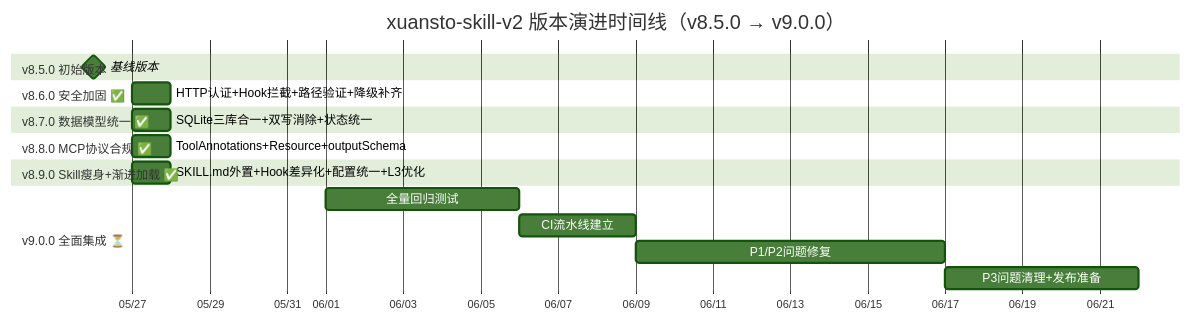
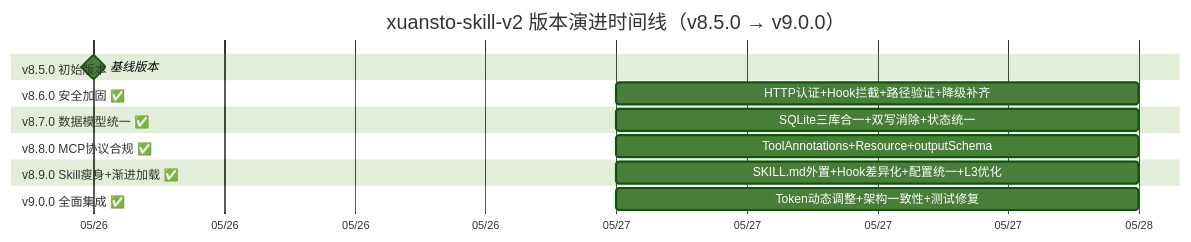
Before and after one commit to xuanyuanchumo/xuansto: the first of 3 diagrams in docs/plan/v-l.md, drawn with Mermaid (forest theme). The commit also changed other lines of this file and 113 other files, not shown here.

````diff
--- a/docs/plan/v-l.md
+++ b/docs/plan/v-l.md
@@ -411,27 +429,24 @@
 ```mermaid
 gantt
     title xuansto-skill-v2 版本演进时间线（v8.5.0 → v9.0.0）
     dateFormat YYYY-MM-DD
     axisFormat %m/%d
 
     section v8.5.0 初始版本
     基线版本                           :milestone, m0, 2026-05-26, 0d
 
     section v8.6.0 安全加固 ✅
     HTTP认证+Hook拦截+路径验证+降级补齐  :p1, 2026-05-27, 1d
 
     section v8.7.0 数据模型统一 ✅
     SQLite三库合一+双写消除+状态统一     :p2, 2026-05-27, 1d
 
     section v8.8.0 MCP协议合规 ✅
     ToolAnnotations+Resource+outputSchema :p3, 2026-05-27, 1d
 
     section v8.9.0 Skill瘦身+渐进加载 ✅
     SKILL.md外置+Hook差异化+配置统一+L3优化 :p4, 2026-05-27, 1d
 
-    section v9.0.0 全面集成 ⏳
-    全量回归测试                        :p5a, 2026-06-01, 5d
-    CI流水线建立                        :p5b, after p5a, 3d
-    P1/P2问题修复                       :p5c, after p5b, 8d
-    P3问题清理+发布准备                  :p5d, after p5c, 5d
+    section v9.0.0 全面集成 ✅
+    Token动态调整+架构一致性+测试修复    :p5, 2026-05-27, 1d
 ```
````
